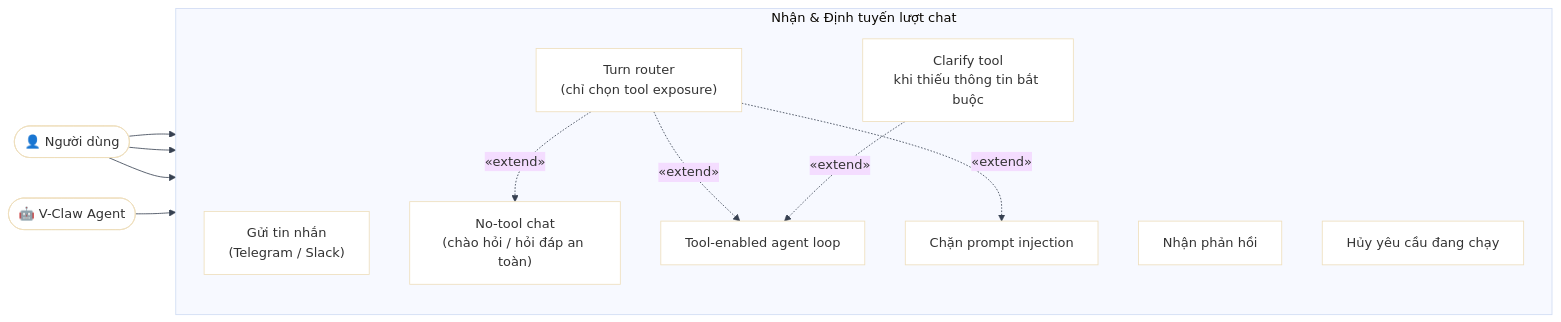
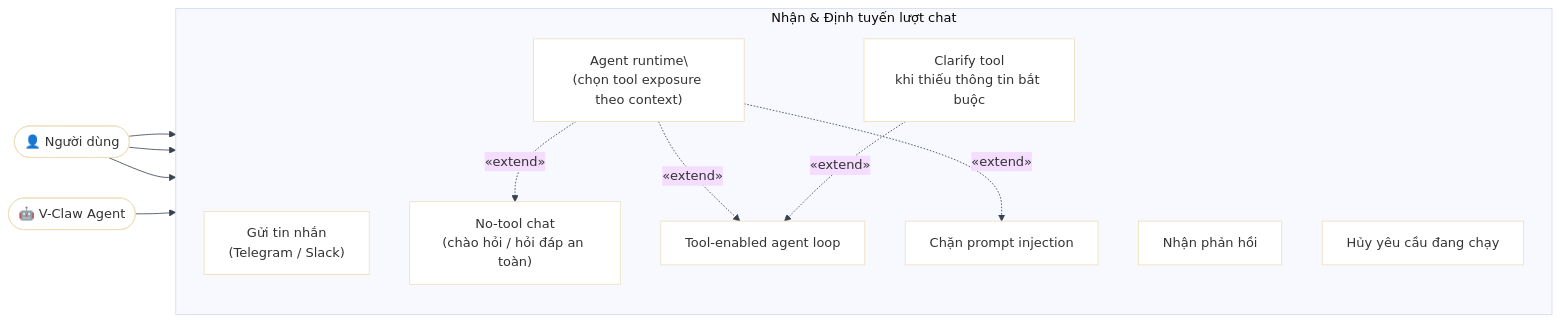
The first of 9 diagrams in docs/02-usecase-diagram.md (AI26-V-Claw/V-Claw), drawn with Mermaid before and after one commit. The commit also changed 11 other files, not shown here.

Commit message:
Remove unused turn router path

````diff
--- a/docs/02-usecase-diagram.md
+++ b/docs/02-usecase-diagram.md
@@ -14,29 +14,29 @@
 ```mermaid
 %%{init: {"theme": "base", "themeVariables": {"background": "#ffffff", "mainBkg": "#ffffff", "darkMode": false, "lineColor": "#374151"}}}%%
 flowchart LR
     user(["👤 Người dùng"])
     agent(["🤖 V-Claw Agent"])
  
     subgraph INPUT ["Nhận & Định tuyến lượt chat"]
         direction TB
         UC_SEND["Gửi tin nhắn\n(Telegram / Slack)"]
         UC_RECV["Nhận phản hồi"]
         UC_CANCEL["Hủy yêu cầu đang chạy"]
  
-        UC_ROUTE["Turn router\n(chỉ chọn tool exposure)"]
+        UC_ROUTE["Agent runtime\\n(chọn tool exposure theo context)"]
         UC_NO_TOOL["No-tool chat\n(chào hỏi / hỏi đáp an toàn)"]
         UC_TOOL["Tool-enabled agent loop"]
         UC_INJECT["Chặn prompt injection"]
         UC_ASK["Clarify tool\nkhi thiếu thông tin bắt buộc"]
  
         UC_ROUTE -.->|"«extend»"| UC_NO_TOOL
         UC_ROUTE -.->|"«extend»"| UC_TOOL
         UC_ROUTE -.->|"«extend»"| UC_INJECT
         UC_ASK   -.->|"«extend»"| UC_TOOL
     end
  
     user  --> UC_SEND
     user  --> UC_RECV
     user  --> UC_CANCEL
     agent --> UC_ROUTE
 ```
````
